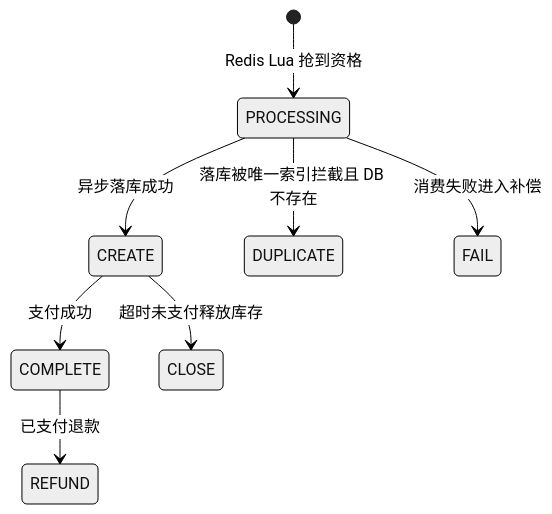
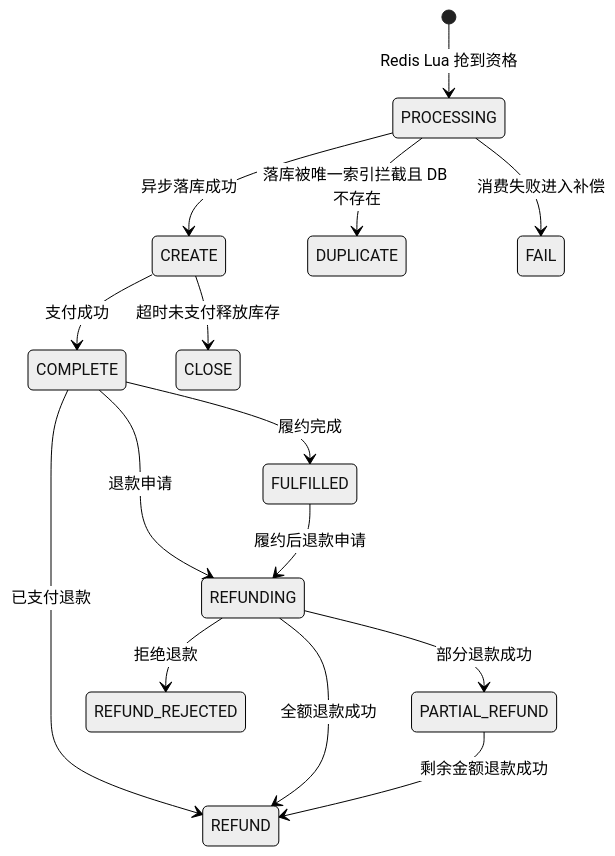
Before and after one commit to qsyy0921/my_ecommerce: the third of 3 diagrams in docs/sdd/order-state-machine.md, drawn with Mermaid (neutral theme). The commit also changed other lines of this file and 8 other files, not shown here.

````diff
--- a/docs/sdd/order-state-machine.md
+++ b/docs/sdd/order-state-machine.md
@@ -48,10 +60,17 @@
 ```mermaid
 stateDiagram-v2
     [*] --> PROCESSING: Redis Lua 抢到资格
     PROCESSING --> CREATE: 异步落库成功
     PROCESSING --> DUPLICATE: 落库被唯一索引拦截且 DB 不存在
     PROCESSING --> FAIL: 消费失败进入补偿
     CREATE --> COMPLETE: 支付成功
     CREATE --> CLOSE: 超时未支付释放库存
     COMPLETE --> REFUND: 已支付退款
+    COMPLETE --> FULFILLED: 履约完成
+    COMPLETE --> REFUNDING: 退款申请
+    FULFILLED --> REFUNDING: 履约后退款申请
+    REFUNDING --> PARTIAL_REFUND: 部分退款成功
+    REFUNDING --> REFUND: 全额退款成功
+    REFUNDING --> REFUND_REJECTED: 拒绝退款
+    PARTIAL_REFUND --> REFUND: 剩余金额退款成功
 ```
````
